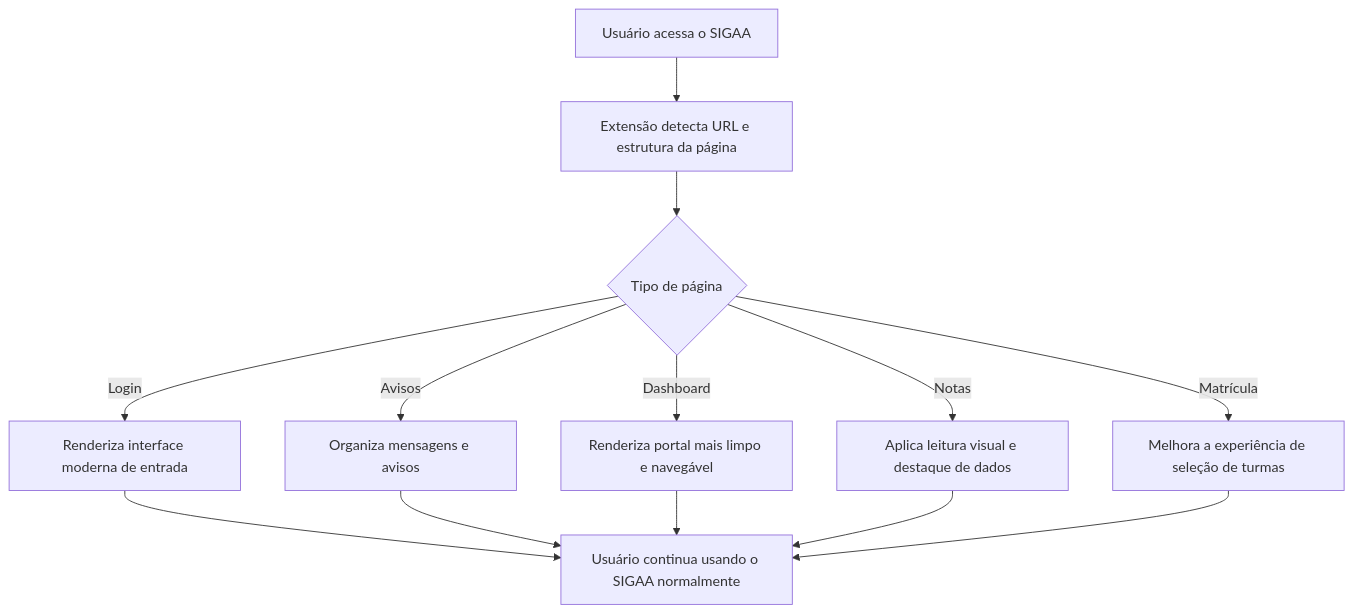
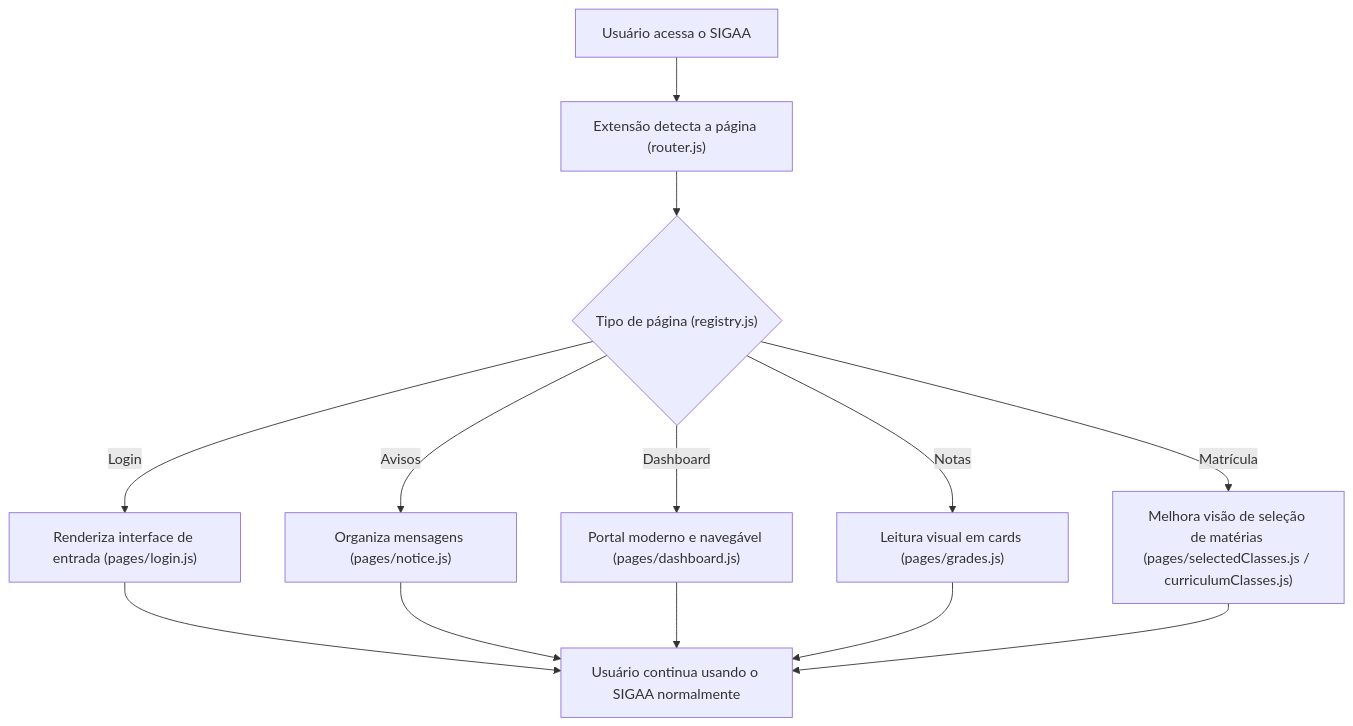
One commit to RubsNeto/SigaaUI changed the diagram in README.md. Above: the diagram before and after it, drawn with Mermaid. The commit also changed other lines of this file and 23 other files, not shown here.

````diff
--- a/README.md
+++ b/README.md
@@ -162,15 +170,15 @@
 ```mermaid
 flowchart TD
-  A["Usuário acessa o SIGAA"] --> B["Extensão detecta URL e estrutura da página"]
-  B --> C{"Tipo de página"}
-  C -->|Login| D["Renderiza interface moderna de entrada"]
-  C -->|Avisos| E["Organiza mensagens e avisos"]
-  C -->|Dashboard| F["Renderiza portal mais limpo e navegável"]
-  C -->|Notas| G["Aplica leitura visual e destaque de dados"]
-  C -->|Matrícula| H["Melhora a experiência de seleção de turmas"]
+  A["Usuário acessa o SIGAA"] --> B["Extensão detecta a página (router.js)"]
+  B --> C{"Tipo de página (registry.js)"}
+  C -->|Login| D["Renderiza interface de entrada (pages/login.js)"]
+  C -->|Avisos| E["Organiza mensagens (pages/notice.js)"]
+  C -->|Dashboard| F["Portal moderno e navegável (pages/dashboard.js)"]
+  C -->|Notas| G["Leitura visual em cards (pages/grades.js)"]
+  C -->|Matrícula| H["Melhora visão de seleção de matérias (pages/selectedClasses.js / curriculumClasses.js)"]
   D --> I["Usuário continua usando o SIGAA normalmente"]
   E --> I
   F --> I
   G --> I
   H --> I
 ```
````
